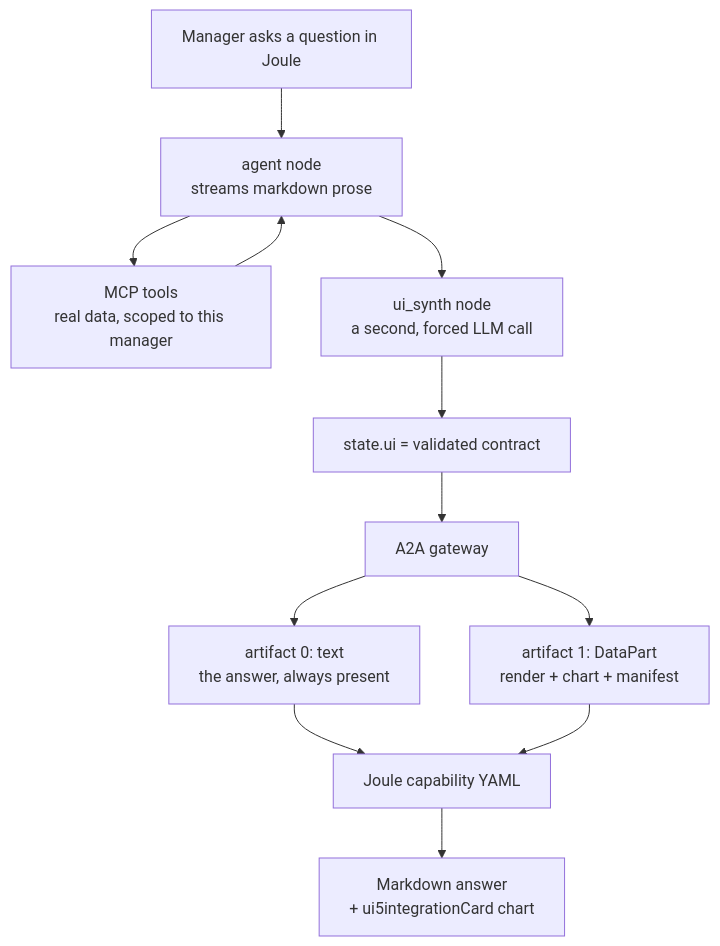
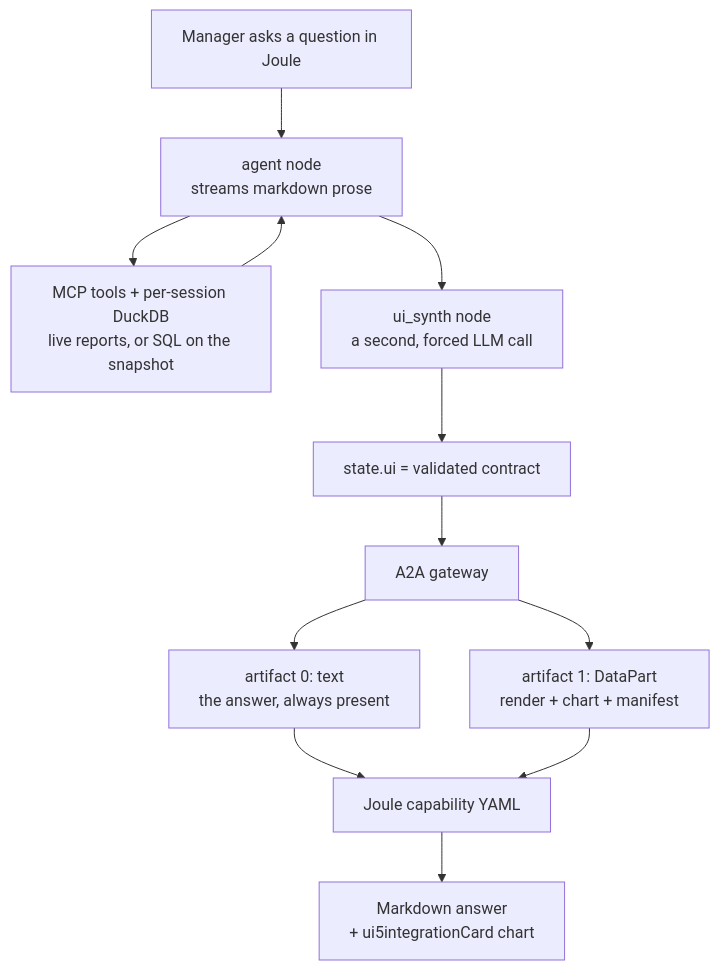
One commit to Semos-Cloud/joule-procode-analytics-agent changed the diagram in README.md. Above: the diagram before and after it, drawn with Mermaid. The commit also changed other lines of this file and 30 other files, not shown here.

````diff
--- a/README.md
+++ b/README.md
@@ -33,14 +33,14 @@
 ```mermaid
 flowchart TD
   User["Manager asks a question in Joule"] --> Agent
-  Agent["agent node<br/>streams markdown prose"] --> Tools["MCP tools<br/>real data, scoped to this manager"]
+  Agent["agent node<br/>streams markdown prose"] --> Tools["MCP tools + per-session DuckDB<br/>live reports, or SQL on the snapshot"]
   Tools --> Agent
   Agent --> Synth["ui_synth node<br/>a second, forced LLM call"]
   Synth --> State["state.ui = validated contract"]
   State --> GW["A2A gateway"]
   GW --> A0["artifact 0: text<br/>the answer, always present"]
   GW --> A1["artifact 1: DataPart<br/>render + chart + manifest"]
   A0 --> Joule
   A1 --> Joule["Joule capability YAML"]
   Joule --> Out["Markdown answer<br/>+ ui5integrationCard chart"]
 ```
````
